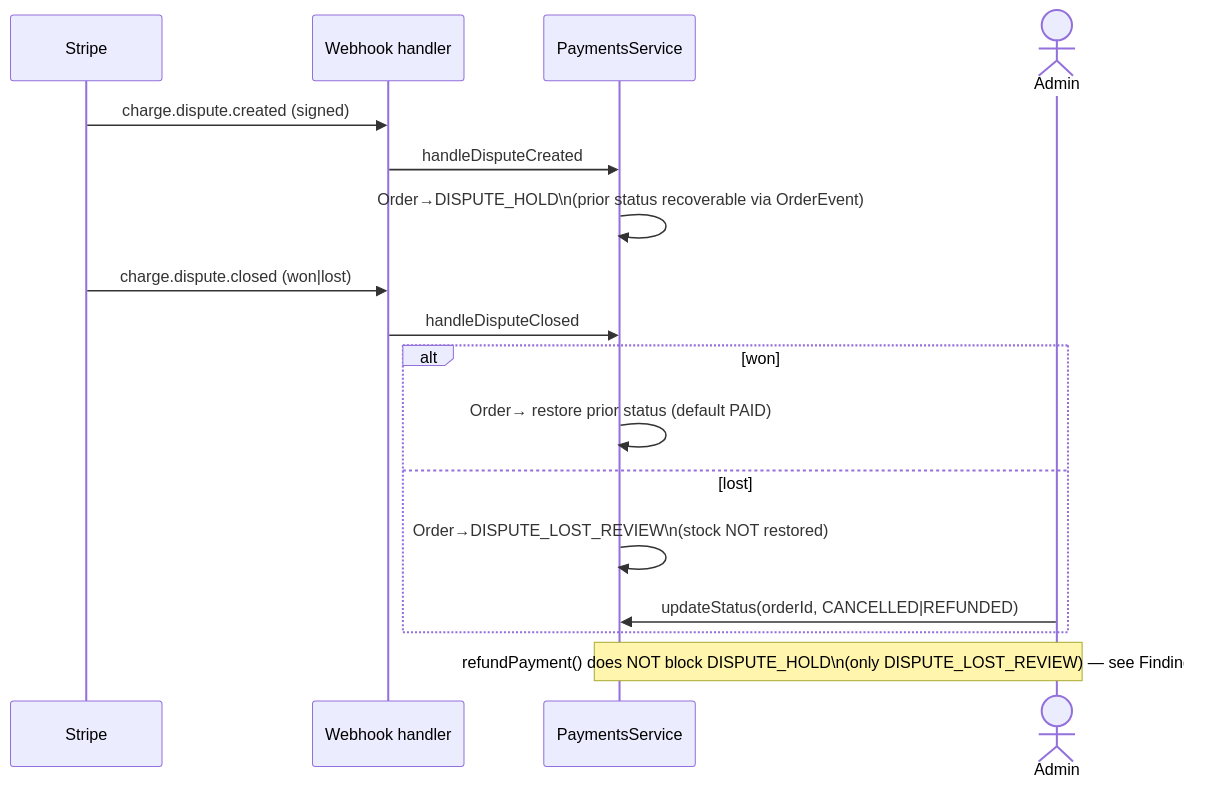
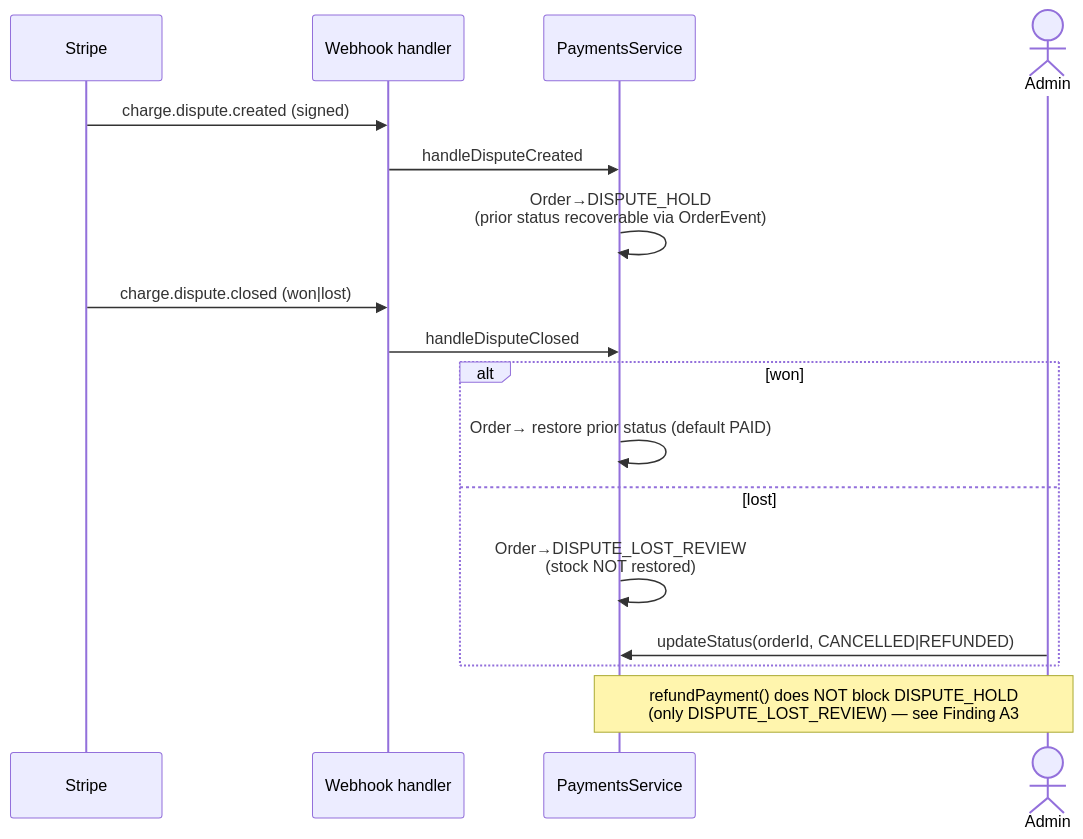
The seventh of 9 diagrams in docs/business-process-model.md (Stasiek99/e-commerce_ob_1), drawn with Mermaid before and after one commit. The commit also changed other lines of this file and 17 other files, not shown here.

````diff
--- a/docs/business-process-model.md
+++ b/docs/business-process-model.md
@@ -308,20 +308,20 @@
 ```mermaid
 sequenceDiagram
     participant Stripe
     participant WH as Webhook handler
     participant PS as PaymentsService
     actor Admin
 
     Stripe->>WH: charge.dispute.created (signed)
     WH->>PS: handleDisputeCreated
-    PS->>PS: Order→DISPUTE_HOLD\n(prior status recoverable via OrderEvent)
+    PS->>PS: Order→DISPUTE_HOLD<br/>(prior status recoverable via OrderEvent)
     Stripe->>WH: charge.dispute.closed (won|lost)
     WH->>PS: handleDisputeClosed
     alt won
         PS->>PS: Order→ restore prior status (default PAID)
     else lost
-        PS->>PS: Order→DISPUTE_LOST_REVIEW\n(stock NOT restored)
+        PS->>PS: Order→DISPUTE_LOST_REVIEW<br/>(stock NOT restored)
         Admin->>PS: updateStatus(orderId, CANCELLED|REFUNDED)
     end
-    Note over PS,Admin: refundPayment() does NOT block DISPUTE_HOLD\n(only DISPUTE_LOST_REVIEW) — see Finding A3
+    Note over PS,Admin: refundPayment() does NOT block DISPUTE_HOLD<br/>(only DISPUTE_LOST_REVIEW) — see Finding A3
 ```
````
